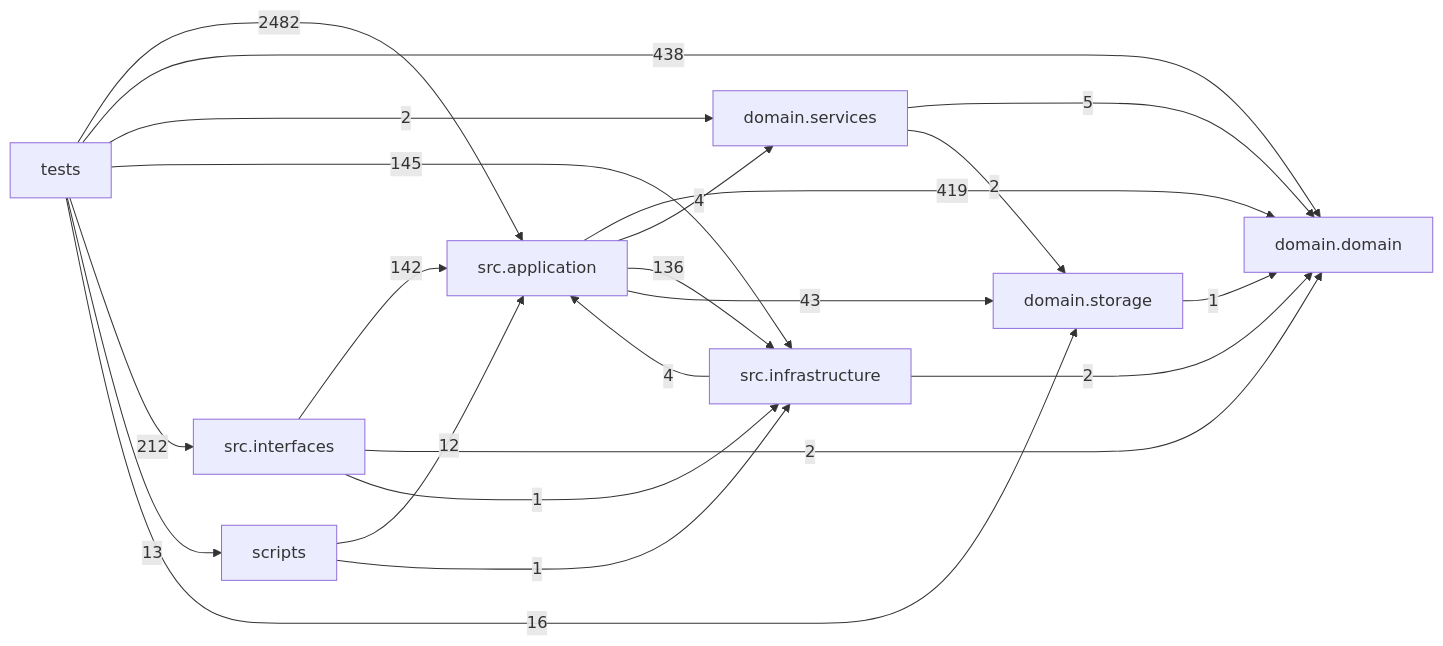
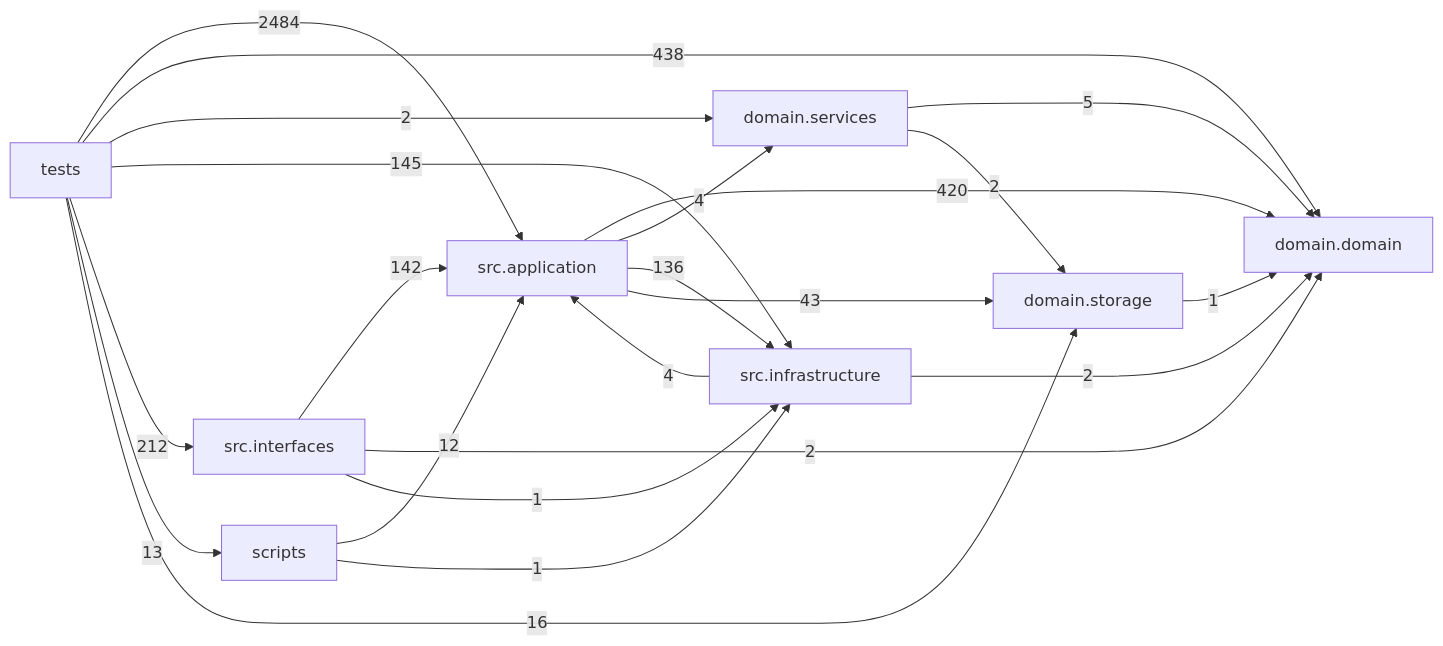
The diagram in docs/DEPENDENCY_GRAPH.md (liuxie066/options-monitor), drawn with Mermaid before and after one commit. The commit also changed other lines of this file and 9 other files, not shown here.

````diff
--- a/docs/DEPENDENCY_GRAPH.md
+++ b/docs/DEPENDENCY_GRAPH.md
@@ -24,32 +24,32 @@
 ```mermaid
 flowchart LR
   tests["tests"]
   scripts["scripts"]
   interfaces["src.interfaces"]
   application["src.application"]
   infrastructure["src.infrastructure"]
   domain_services["domain.services"]
   domain["domain.domain"]
   storage["domain.storage"]
-  application -->|419| domain
+  application -->|420| domain
   application -->|4| domain_services
   application -->|136| infrastructure
   application -->|43| storage
   domain_services -->|5| domain
   domain_services -->|2| storage
   infrastructure -->|4| application
   infrastructure -->|2| domain
   interfaces -->|142| application
   interfaces -->|2| domain
   interfaces -->|1| infrastructure
   scripts -->|12| application
   scripts -->|1| infrastructure
   storage -->|1| domain
-  tests -->|2482| application
+  tests -->|2484| application
   tests -->|438| domain
   tests -->|2| domain_services
   tests -->|145| infrastructure
   tests -->|212| interfaces
   tests -->|13| scripts
   tests -->|16| storage
 ```
````
